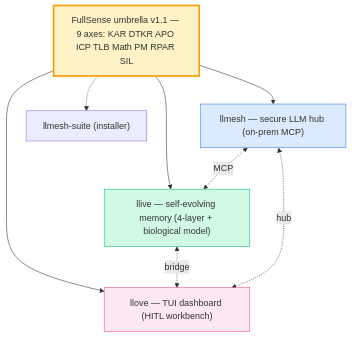
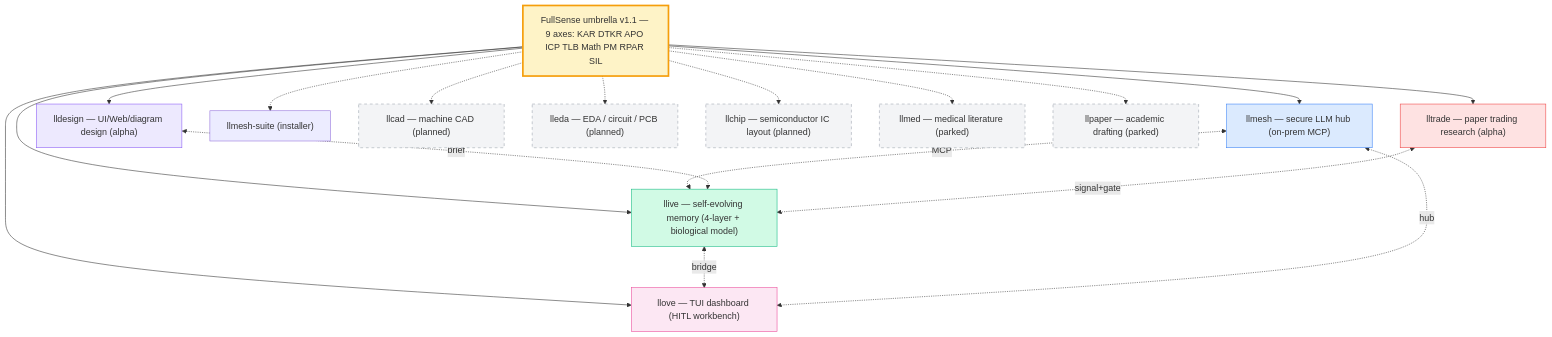
The diagram in docs/index.md (furuse-kazufumi/fullsense), drawn with Mermaid before and after one commit.

Commit message:
auto: index.md 編集前 (2026-05-16 17:57)

````diff
--- a/docs/index.md
+++ b/docs/index.md
@@ -17,19 +17,42 @@
 ```mermaid
 flowchart TD
     F["FullSense umbrella v1.1 — 9 axes: KAR DTKR APO ICP TLB Math PM RPAR SIL"]
     LM["llmesh — secure LLM hub (on-prem MCP)"]
     LI["llive — self-evolving memory (4-layer + biological model)"]
     LO["llove — TUI dashboard (HITL workbench)"]
+    LD["lldesign — UI/Web/diagram design (alpha)"]
+    LT["lltrade — paper trading research (alpha)"]
     LMS["llmesh-suite (installer)"]
+    LCAD["llcad — machine CAD (planned)"]
+    LEDA["lleda — EDA / circuit / PCB (planned)"]
+    LCHIP["llchip — semiconductor IC layout (planned)"]
+    LMED["llmed — medical literature (parked)"]
+    LPAPER["llpaper — academic drafting (parked)"]
     F --> LM
     F --> LI
     F --> LO
+    F --> LD
+    F --> LT
     F -.-> LMS
+    F -.-> LCAD
+    F -.-> LEDA
+    F -.-> LCHIP
+    F -.-> LMED
+    F -.-> LPAPER
     LM <-. MCP .-> LI
     LI <-. bridge .-> LO
     LM <-. hub .-> LO
+    LD <-. brief .-> LI
+    LT <-. signal+gate .-> LI
     style F fill:#fef3c7,stroke:#f59e0b,stroke-width:3px
     style LI fill:#d1fae5,stroke:#10b981
     style LM fill:#dbeafe,stroke:#3b82f6
     style LO fill:#fce7f3,stroke:#ec4899
+    style LD fill:#ede9fe,stroke:#8b5cf6
+    style LT fill:#fee2e2,stroke:#ef4444
+    style LCAD fill:#f3f4f6,stroke:#9ca3af,stroke-dasharray:5 5
+    style LEDA fill:#f3f4f6,stroke:#9ca3af,stroke-dasharray:5 5
+    style LCHIP fill:#f3f4f6,stroke:#9ca3af,stroke-dasharray:5 5
+    style LMED fill:#f3f4f6,stroke:#9ca3af,stroke-dasharray:5 5
+    style LPAPER fill:#f3f4f6,stroke:#9ca3af,stroke-dasharray:5 5
 ```
````
